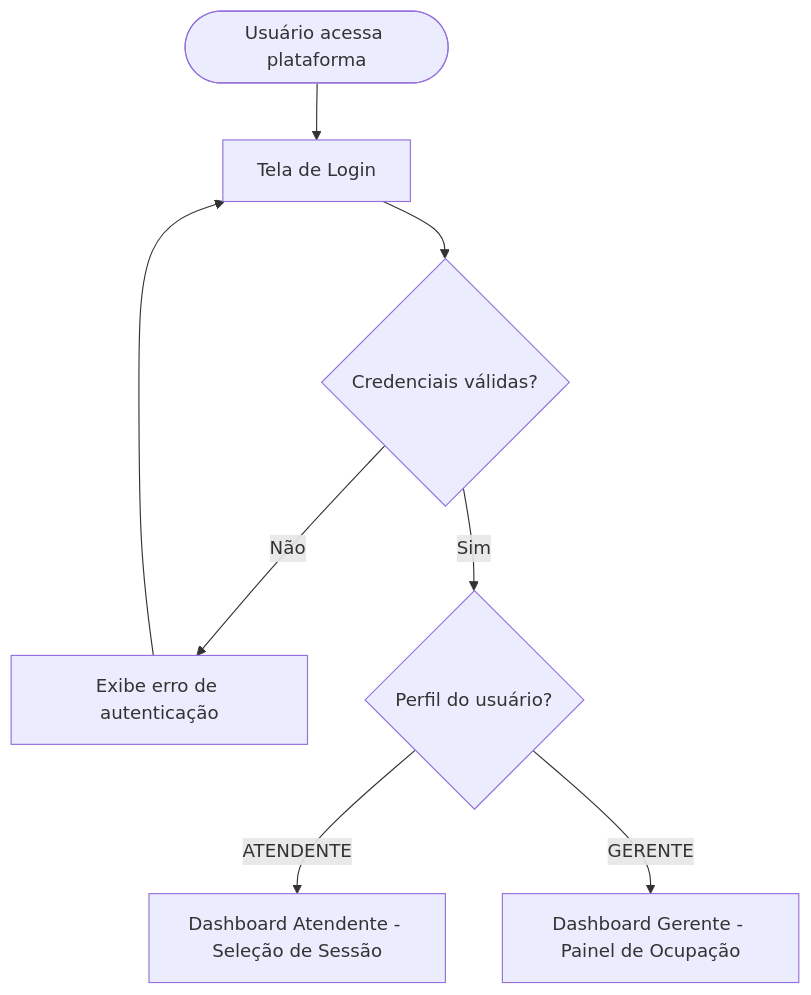
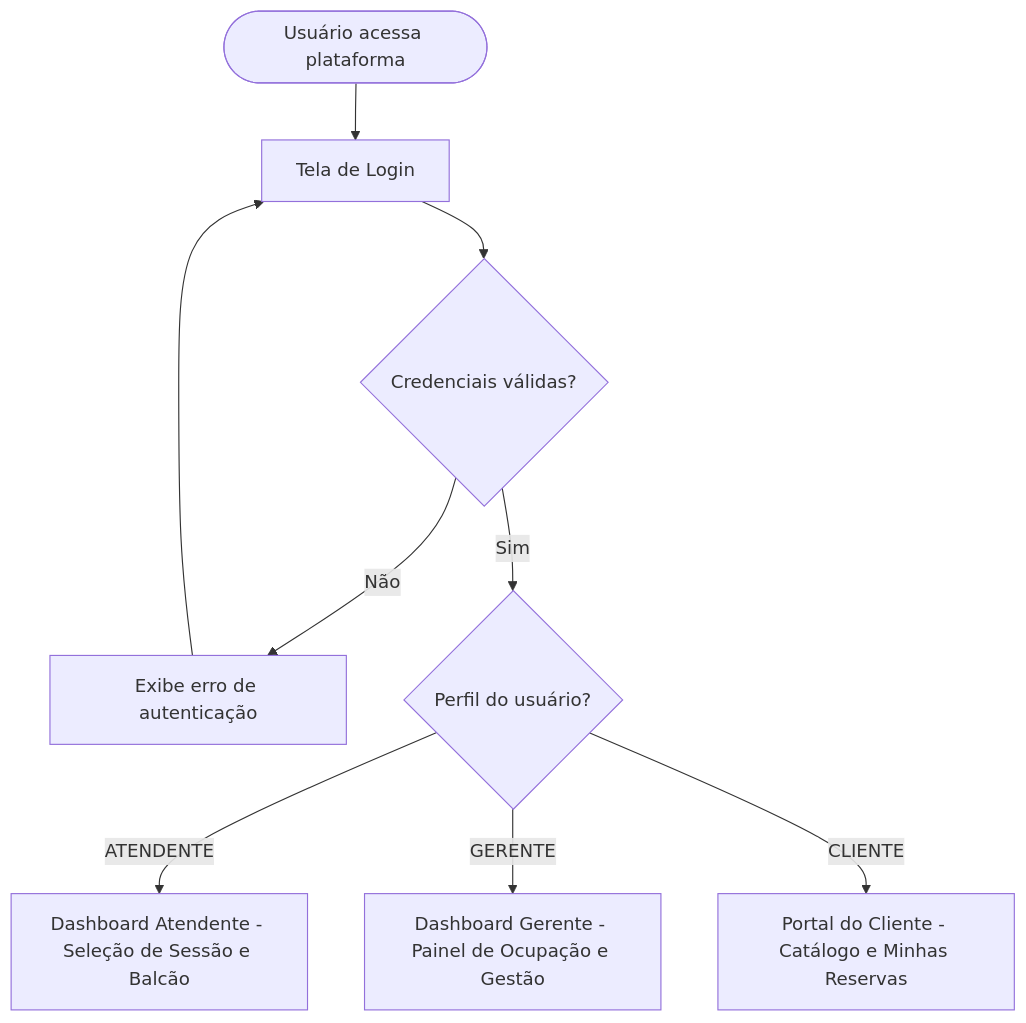
The first of 11 diagrams in specs/architecture/ux-design.md (CINESOFT-SOLUTIONS/manual-processos-software), drawn with Mermaid before and after one commit. The commit also changed other lines of this file and 16 other files, not shown here.

````diff
--- a/specs/architecture/ux-design.md
+++ b/specs/architecture/ux-design.md
@@ -30,10 +27,11 @@
 ```mermaid
 flowchart TD
     A([Usuário acessa plataforma]) --> B[Tela de Login]
     B --> C{Credenciais válidas?}
     C -- Não --> D[Exibe erro de autenticação]
     D --> B
     C -- Sim --> E{Perfil do usuário?}
-    E -- ATENDENTE --> F[Dashboard Atendente - Seleção de Sessão]
-    E -- GERENTE --> G[Dashboard Gerente - Painel de Ocupação]
+    E -- ATENDENTE --> F[Dashboard Atendente - Seleção de Sessão e Balcão]
+    E -- GERENTE --> G[Dashboard Gerente - Painel de Ocupação e Gestão]
+    E -- CLIENTE --> H[Portal do Cliente - Catálogo e Minhas Reservas]
 ```
````
